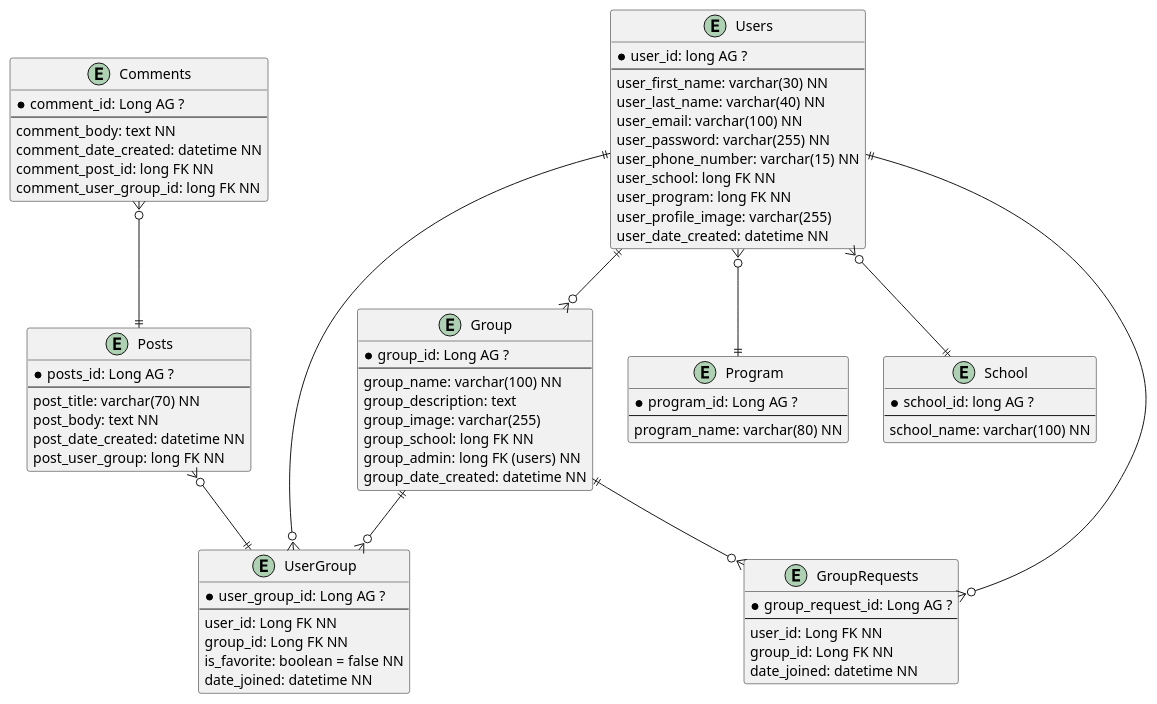
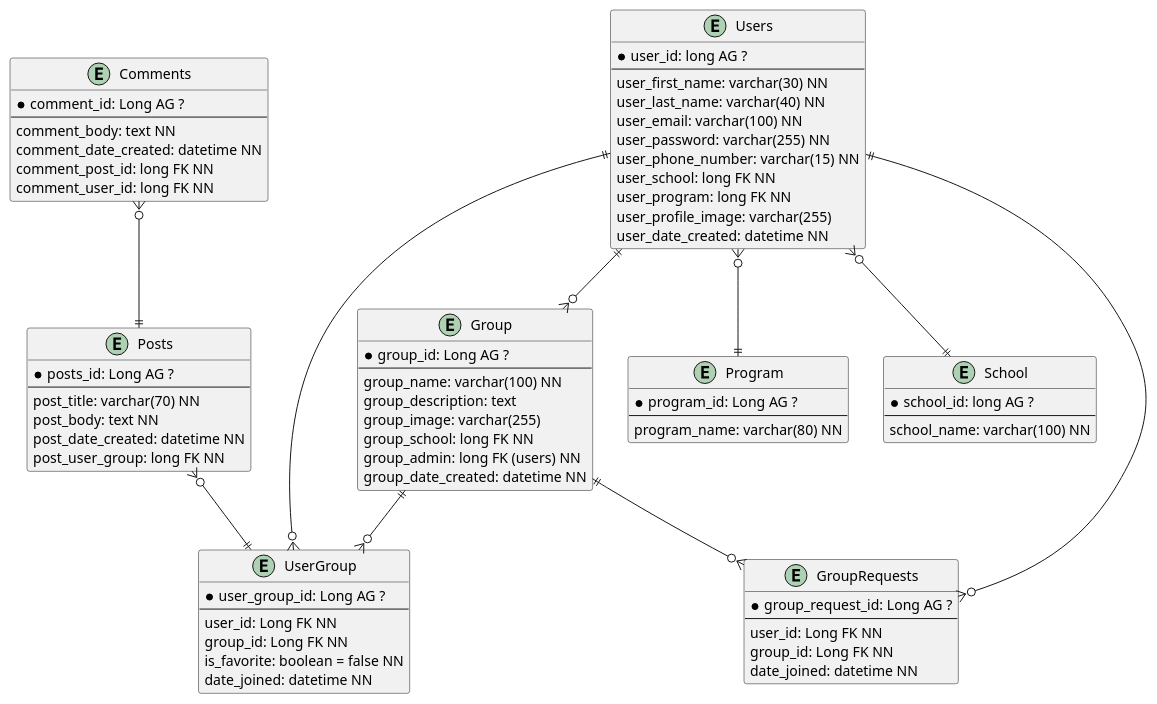
The diagram in Resources/MainDatabase.puml (JonasBrattHansen/AtCampus), drawn with PlantUML before and after one commit. The commit also changed 11 other files, not shown here.

```diff
--- a/Resources/MainDatabase.puml
+++ b/Resources/MainDatabase.puml
@@ -1,87 +1,87 @@
 @startuml
-'https://plantuml.com/object-diagram
+'https://plantuml.com/object-diagram'
 
 entity Users{
     * user_id: long AG ?
     --
     user_first_name: varchar(30) NN
     user_last_name: varchar(40) NN
     user_email: varchar(100) NN
     user_password: varchar(255) NN
     user_phone_number: varchar(15) NN
     user_school: long FK NN
     user_program: long FK NN
     user_profile_image: varchar(255)
     user_date_created: datetime NN
 }
 
 entity School{
     * school_id: long AG ?
     --
     school_name: varchar(100) NN
 }
 
 entity Group{
     * group_id: Long AG ?
     --
     group_name: varchar(100) NN
     group_description: text
     group_image: varchar(255)
     group_school: long FK NN
     group_admin: long FK (users) NN
     group_date_created: datetime NN
 }
 
 entity UserGroup{
     * user_group_id: Long AG ?
     --
     user_id: Long FK NN
     group_id: Long FK NN
     is_favorite: boolean = false NN
     date_joined: datetime NN
 }
 
 entity GroupRequests{
     * group_request_id: Long AG ?
     --
     user_id: Long FK NN
     group_id: Long FK NN
     date_joined: datetime NN
 }
 
 entity Posts{
     * posts_id: Long AG ?
     --
     post_title: varchar(70) NN
     post_body: text NN
     post_date_created: datetime NN
     post_user_group: long FK NN
 }
 
 entity Comments{
     * comment_id: Long AG ?
     --
     comment_body: text NN
     comment_date_created: datetime NN
     comment_post_id: long FK NN
-    comment_user_group_id: long FK NN
+    comment_user_id: long FK NN
 }
 
 entity Program{
     * program_id: Long AG ?
     --
     program_name: varchar(80) NN
 }
 
 
 Users }o--|| School
 Users }o--|| Program
 Users ||--o{ Group
 Users ||--o{ UserGroup
 Group ||--o{ UserGroup
 Users ||--o{ GroupRequests
 Group ||--o{ GroupRequests
 Posts }o--|| UserGroup
 Comments }o--|| Posts
 
 @enduml
```
